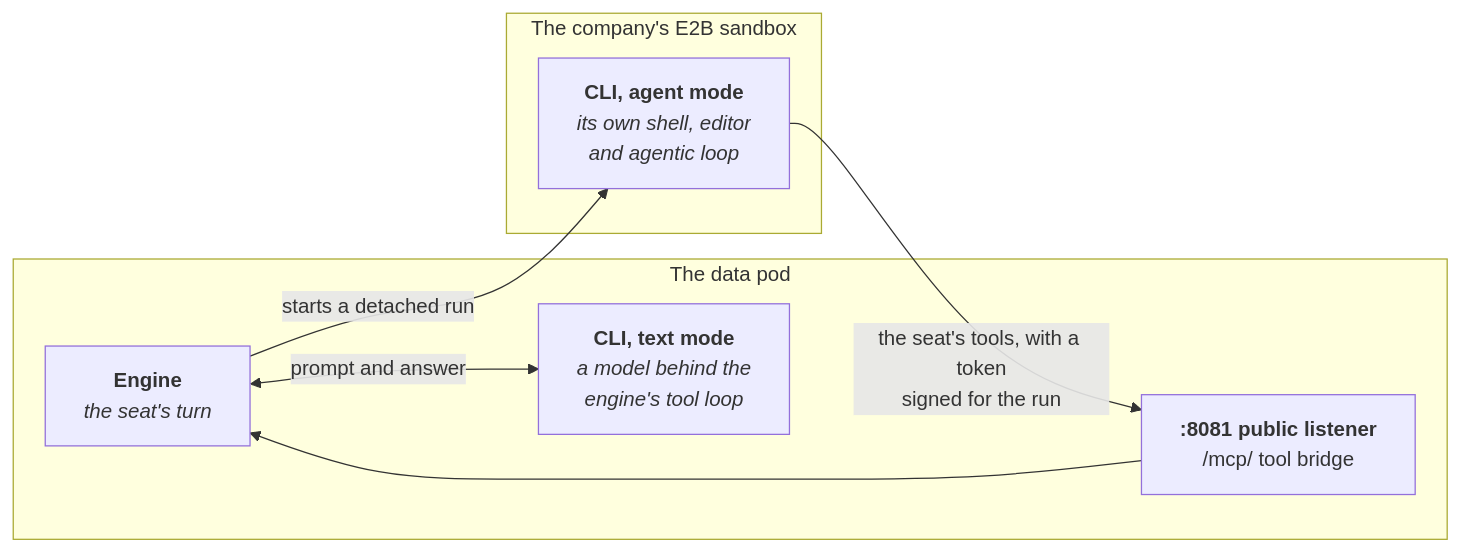
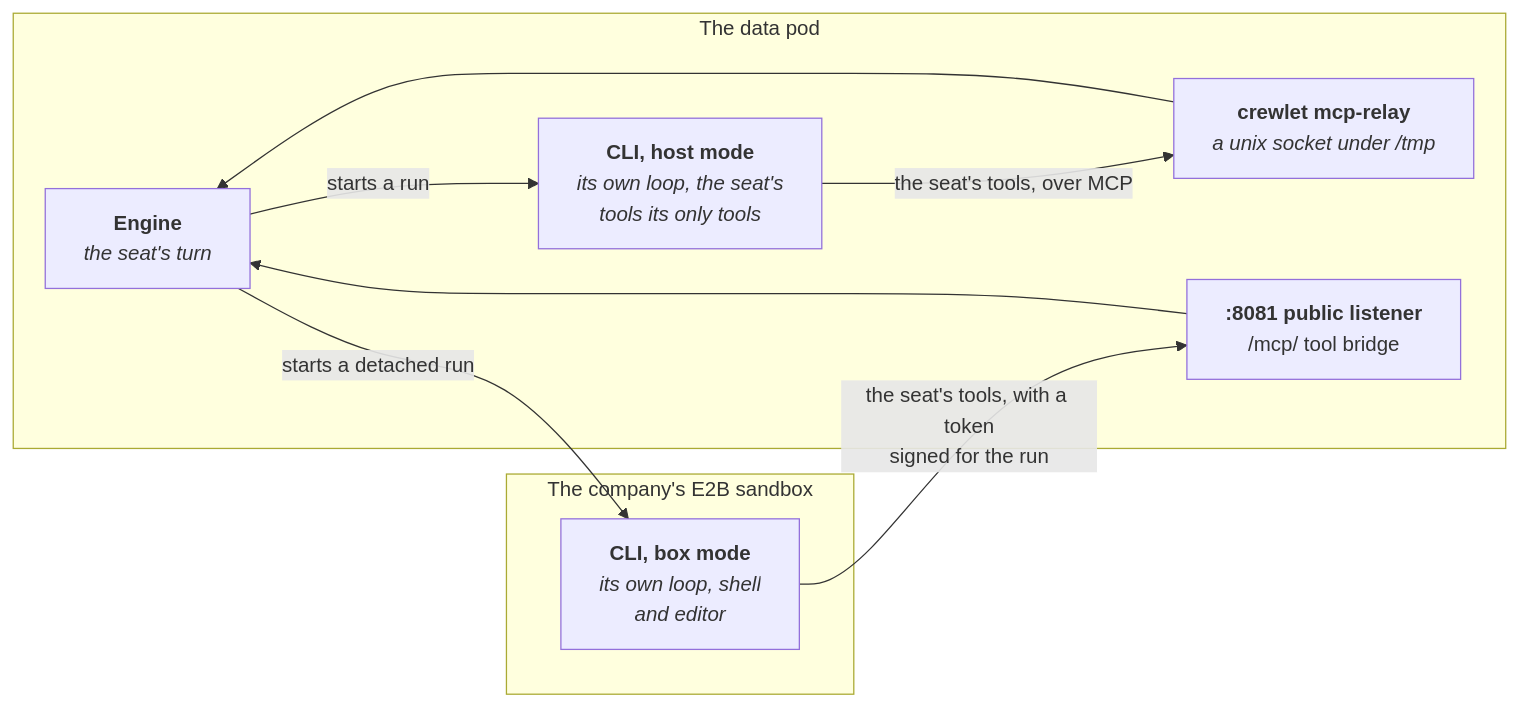
One commit to crewlet/crewlet-operator changed the diagram in docs/guides/cli-agents.md. Above: the diagram before and after it, drawn with Mermaid. The commit also changed other lines of this file and 64 other files, not shown here.

````diff
--- a/docs/guides/cli-agents.md
+++ b/docs/guides/cli-agents.md
@@ -494,15 +515,18 @@
 ```mermaid
 flowchart LR
     subgraph pod["The data pod"]
         ENG["<b>Engine</b><br/><i>the seat's turn</i>"]
-        TXT["<b>CLI, text mode</b><br/><i>a model behind the<br/>engine's tool loop</i>"]
+        HOST["<b>CLI, host mode</b><br/><i>its own loop, the seat's<br/>tools its only tools</i>"]
+        RELAY["<b>crewlet mcp-relay</b><br/><i>a unix socket under /tmp</i>"]
         PUB["<b>:8081 public listener</b><br/>/mcp/ tool bridge"]
     end
     subgraph box["The company's E2B sandbox"]
-        AG["<b>CLI, agent mode</b><br/><i>its own shell, editor<br/>and agentic loop</i>"]
+        BOX["<b>CLI, box mode</b><br/><i>its own loop, shell<br/>and editor</i>"]
     end
-    ENG <-->|"prompt and answer"| TXT
-    ENG -->|"starts a detached run"| AG
-    AG -->|"the seat's tools, with a token<br/>signed for the run"| PUB
+    ENG -->|"starts a run"| HOST
+    HOST -->|"the seat's tools, over MCP"| RELAY
+    RELAY --> ENG
+    ENG -->|"starts a detached run"| BOX
+    BOX -->|"the seat's tools, with a token<br/>signed for the run"| PUB
     PUB --> ENG
 ```
````
